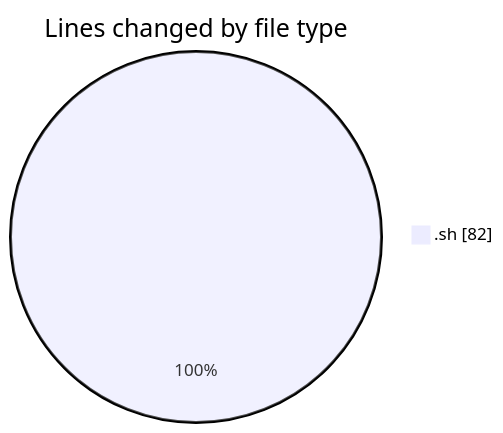
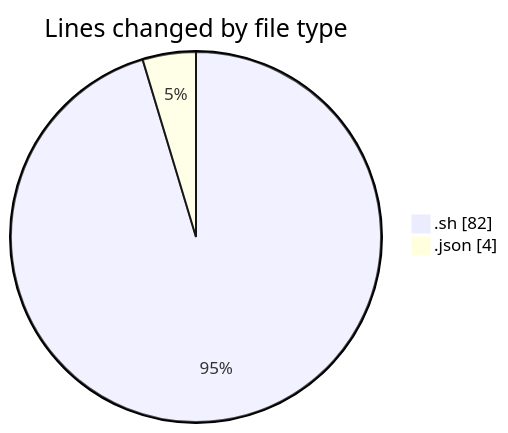
One commit to ricardozamudiocil/code-tracking changed the first of 2 diagrams in 2026-10-15/scripts/README.md. Above: the diagram before and after it, drawn with Mermaid. The commit also changed other lines of this file and 1 other file, not shown here.

````diff
--- a/2026-10-15/scripts/README.md
+++ b/2026-10-15/scripts/README.md
@@ -20,5 +21,6 @@
 ```mermaid
 pie showData
 title Lines changed by file type
 ".sh" : 82
+".json" : 4
 ```
````
